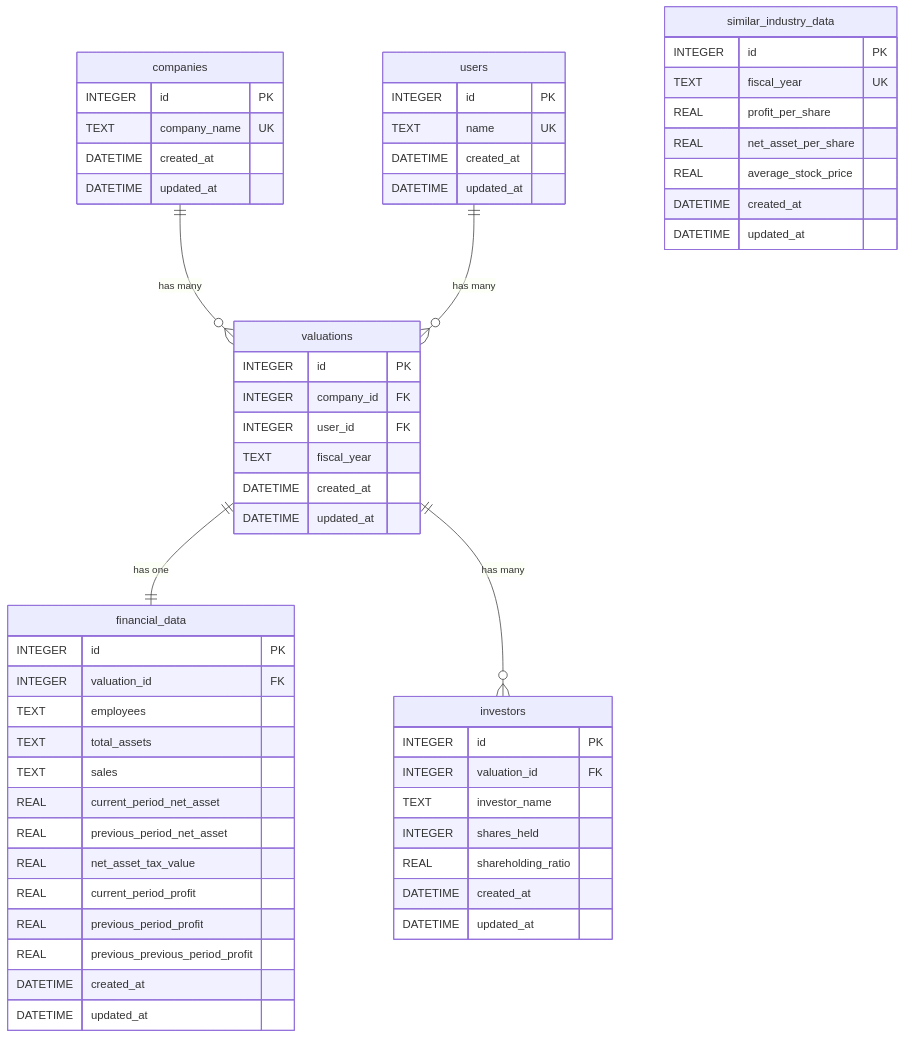
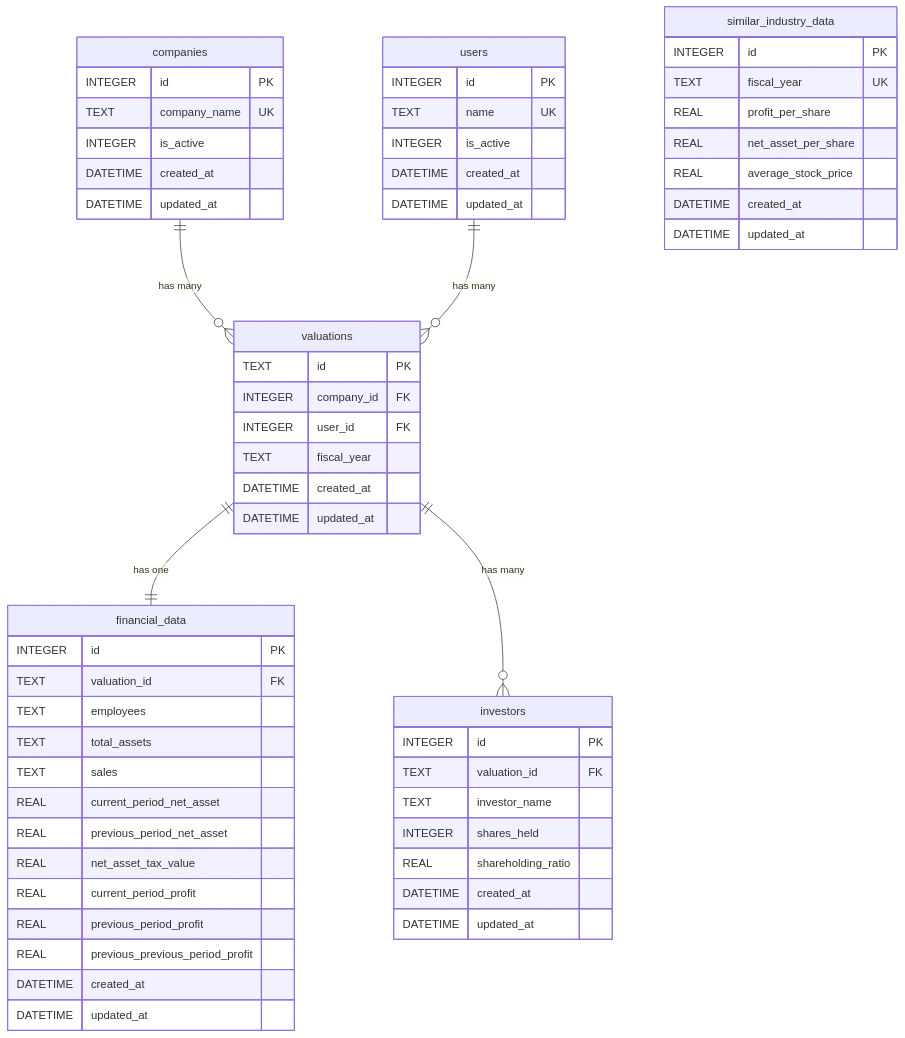
Before and after one commit to kojima1978/doctor: the diagram in ER_DIAGRAM.md, drawn with Mermaid. The commit also changed other lines of this file and 1 other file, not shown here.

````diff
--- a/ER_DIAGRAM.md
+++ b/ER_DIAGRAM.md
@@ -285,66 +293,68 @@
 ```mermaid
 erDiagram
     companies ||--o{ valuations : "has many"
     users ||--o{ valuations : "has many"
     valuations ||--|| financial_data : "has one"
     valuations ||--o{ investors : "has many"
 
     companies {
         INTEGER id PK
         TEXT company_name UK
+        INTEGER is_active
         DATETIME created_at
         DATETIME updated_at
     }
 
     users {
         INTEGER id PK
         TEXT name UK
+        INTEGER is_active
         DATETIME created_at
         DATETIME updated_at
     }
 
     valuations {
-        INTEGER id PK
+        TEXT id PK
         INTEGER company_id FK
         INTEGER user_id FK
         TEXT fiscal_year
         DATETIME created_at
         DATETIME updated_at
     }
 
     financial_data {
         INTEGER id PK
-        INTEGER valuation_id FK
+        TEXT valuation_id FK
         TEXT employees
         TEXT total_assets
         TEXT sales
         REAL current_period_net_asset
         REAL previous_period_net_asset
         REAL net_asset_tax_value
         REAL current_period_profit
         REAL previous_period_profit
         REAL previous_previous_period_profit
         DATETIME created_at
         DATETIME updated_at
     }
 
     investors {
         INTEGER id PK
-        INTEGER valuation_id FK
+        TEXT valuation_id FK
         TEXT investor_name
         INTEGER shares_held
         REAL shareholding_ratio
         DATETIME created_at
         DATETIME updated_at
     }
 
     similar_industry_data {
         INTEGER id PK
         TEXT fiscal_year UK
         REAL profit_per_share
         REAL net_asset_per_share
         REAL average_stock_price
         DATETIME created_at
         DATETIME updated_at
     }
 ```
````
